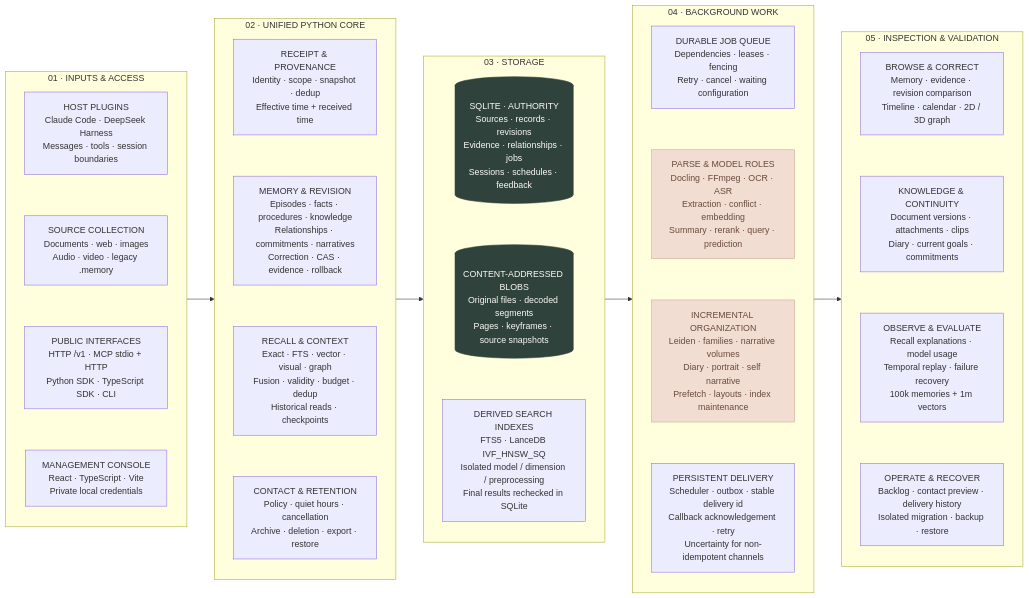
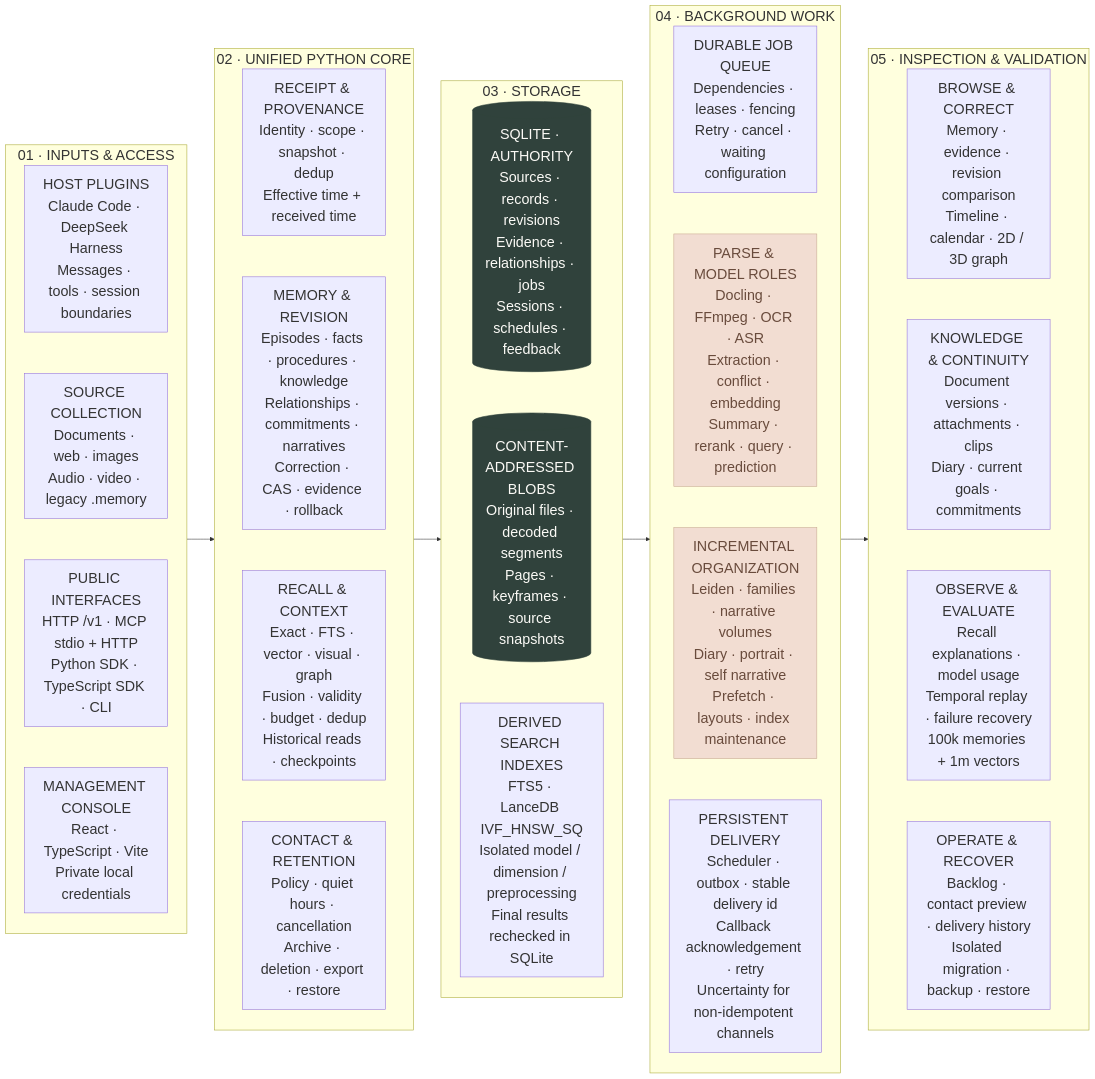
Before and after one commit to mycyg/memory-palace: the diagram in docs/diagrams/overview.mmd, drawn with Mermaid. The commit also changed 17 other files, not shown here.

```diff
--- a/docs/diagrams/overview.mmd
+++ b/docs/diagrams/overview.mmd
@@ -1,45 +1,50 @@
+---
+config:
+  themeVariables:
+    fontSize: 26px
+---
 flowchart LR
     subgraph A["01 · INPUTS & ACCESS"]
         direction TB
         A1["HOST PLUGINS<br/>Claude Code · DeepSeek Harness<br/>Messages · tools · session boundaries"]
         A2["SOURCE COLLECTION<br/>Documents · web · images<br/>Audio · video · legacy .memory"]
         A3["PUBLIC INTERFACES<br/>HTTP /v1 · MCP stdio + HTTP<br/>Python SDK · TypeScript SDK · CLI"]
         A4["MANAGEMENT CONSOLE<br/>React · TypeScript · Vite<br/>Private local credentials"]
         A1 ~~~ A2 ~~~ A3 ~~~ A4
     end
     subgraph B["02 · UNIFIED PYTHON CORE"]
         direction TB
         B1["RECEIPT & PROVENANCE<br/>Identity · scope · snapshot · dedup<br/>Effective time + received time"]
         B2["MEMORY & REVISION<br/>Episodes · facts · procedures · knowledge<br/>Relationships · commitments · narratives<br/>Correction · CAS · evidence · rollback"]
         B3["RECALL & CONTEXT<br/>Exact · FTS · vector · visual · graph<br/>Fusion · validity · budget · dedup<br/>Historical reads · checkpoints"]
         B4["CONTACT & RETENTION<br/>Policy · quiet hours · cancellation<br/>Archive · deletion · export · restore"]
         B1 ~~~ B2 ~~~ B3 ~~~ B4
     end
     subgraph C["03 · STORAGE"]
         direction TB
         C1[("SQLITE · AUTHORITY<br/>Sources · records · revisions<br/>Evidence · relationships · jobs<br/>Sessions · schedules · feedback")]
         C2[("CONTENT-ADDRESSED BLOBS<br/>Original files · decoded segments<br/>Pages · keyframes · source snapshots")]
         C3["DERIVED SEARCH INDEXES<br/>FTS5 · LanceDB IVF_HNSW_SQ<br/>Isolated model / dimension / preprocessing<br/>Final results rechecked in SQLite"]
         C1 ~~~ C2 ~~~ C3
     end
     subgraph D["04 · BACKGROUND WORK"]
         direction TB
         D1["DURABLE JOB QUEUE<br/>Dependencies · leases · fencing<br/>Retry · cancel · waiting configuration"]
         D2["PARSE & MODEL ROLES<br/>Docling · FFmpeg · OCR · ASR<br/>Extraction · conflict · embedding<br/>Summary · rerank · query · prediction"]
         D3["INCREMENTAL ORGANIZATION<br/>Leiden · families · narrative volumes<br/>Diary · portrait · self narrative<br/>Prefetch · layouts · index maintenance"]
         D4["PERSISTENT DELIVERY<br/>Scheduler · outbox · stable delivery id<br/>Callback acknowledgement · retry<br/>Uncertainty for non-idempotent channels"]
         D1 ~~~ D2 ~~~ D3 ~~~ D4
     end
     subgraph E["05 · INSPECTION & VALIDATION"]
         direction TB
         E1["BROWSE & CORRECT<br/>Memory · evidence · revision comparison<br/>Timeline · calendar · 2D / 3D graph"]
         E2["KNOWLEDGE & CONTINUITY<br/>Document versions · attachments · clips<br/>Diary · current goals · commitments"]
         E3["OBSERVE & EVALUATE<br/>Recall explanations · model usage<br/>Temporal replay · failure recovery<br/>100k memories + 1m vectors"]
         E4["OPERATE & RECOVER<br/>Backlog · contact preview · delivery history<br/>Isolated migration · backup · restore"]
         E1 ~~~ E2 ~~~ E3 ~~~ E4
     end
     A --> B --> C --> D --> E
     classDef authority fill:#30423c,color:#fbfaf6,stroke:#30423c
     classDef model fill:#f2ddd2,color:#694b3c,stroke:#c8a891
     class C1,C2 authority
     class D2,D3 model
```
